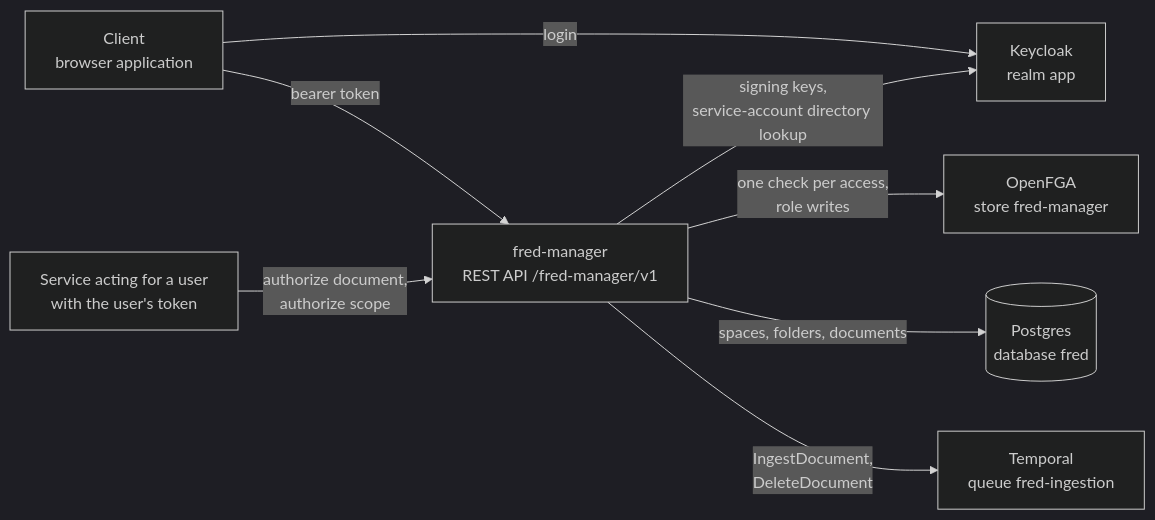
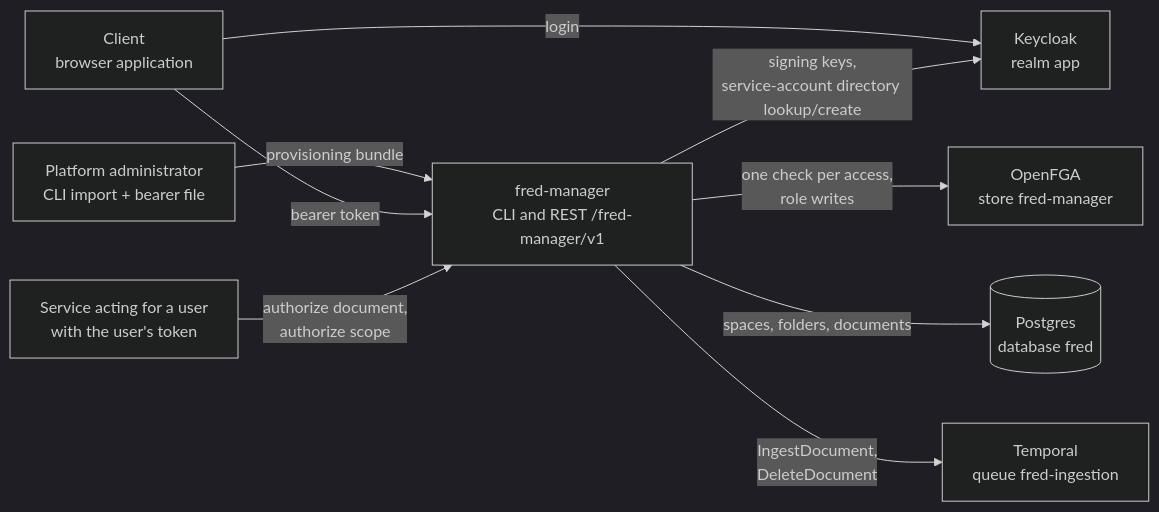
Before and after one commit to ThalesGroup/fred: the diagram in docs/architecture/02-context.md, drawn with Mermaid (dark theme). The commit also changed other lines of this file and 28 other files, not shown here.

Commit message:
feat(#3092): import provisioning bundles with verified platform authority

````diff
--- a/docs/architecture/02-context.md
+++ b/docs/architecture/02-context.md
@@ -3,18 +3,20 @@
 ```mermaid
 flowchart LR
     client["Client<br/>browser application"]
+    operator["Platform administrator<br/>CLI import + bearer file"]
     caller["Service acting for a user<br/>with the user's token"]
-    manager["fred-manager<br/>REST API /fred-manager/v1"]
+    manager["fred-manager<br/>CLI and REST /fred-manager/v1"]
     keycloak["Keycloak<br/>realm app"]
     openfga["OpenFGA<br/>store fred-manager"]
     postgres[("Postgres<br/>database fred")]
     temporal["Temporal<br/>queue fred-ingestion"]
 
+    operator -- "provisioning bundle" --> manager
     client -- "bearer token" --> manager
     caller -- "authorize document,<br/>authorize scope" --> manager
     client -- "login" --> keycloak
-    manager -- "signing keys,<br/>service-account directory lookup" --> keycloak
+    manager -- "signing keys,<br/>service-account directory lookup/create" --> keycloak
     manager -- "one check per access,<br/>role writes" --> openfga
     manager -- "spaces, folders, documents" --> postgres
     manager -- "IngestDocument,<br/>DeleteDocument" --> temporal
 ```
````
